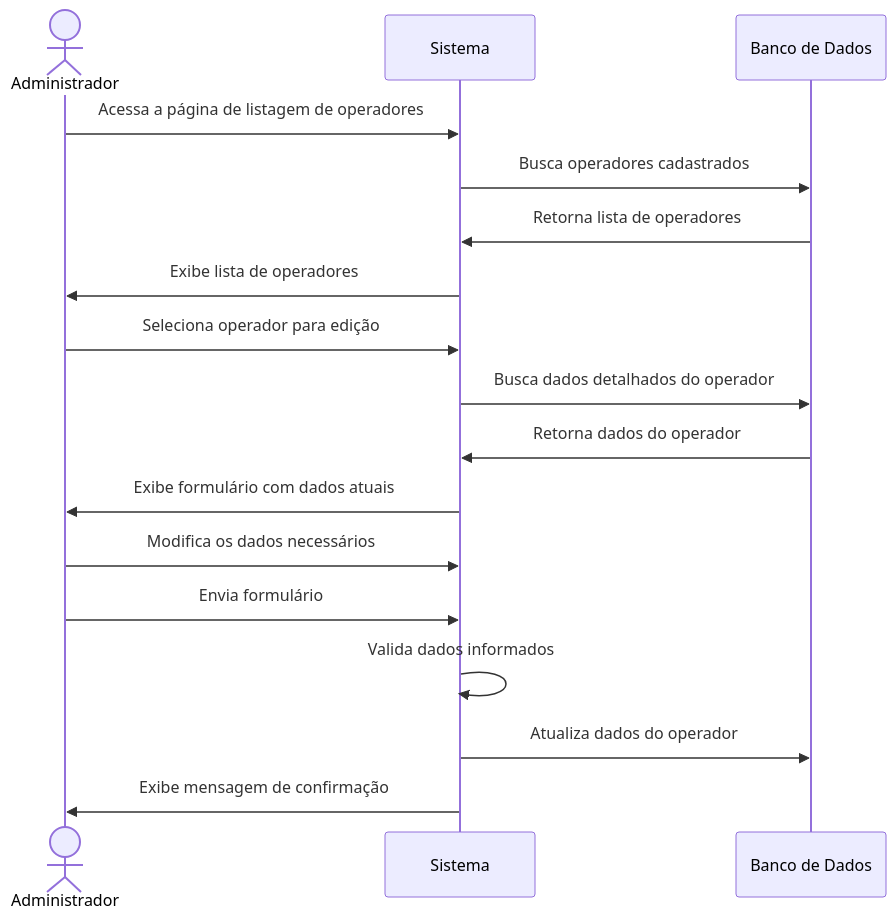
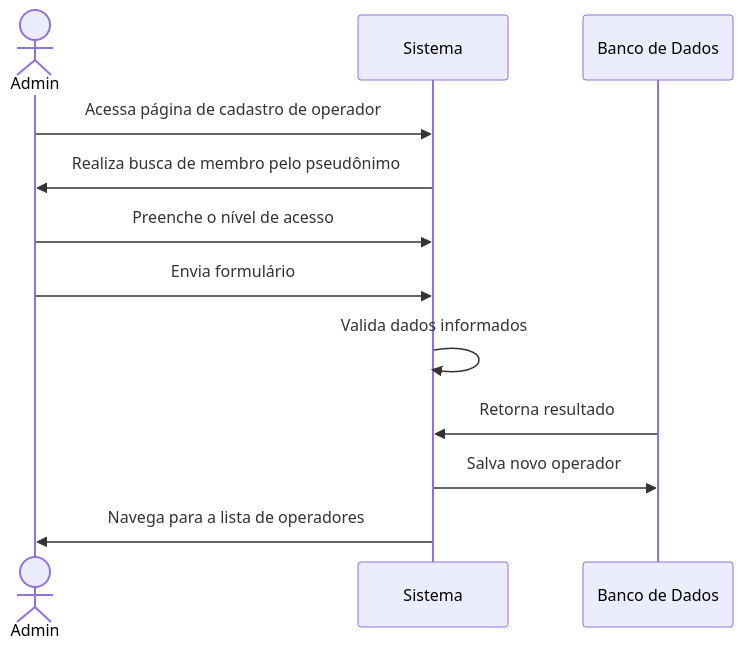
The diagram in Writerside/topics/RF02.md (Bomsalvez/quilombo-docs), drawn with Mermaid before and after one commit. The commit also changed other lines of this file and 34 other files, not shown here.

````diff
--- a/Writerside/topics/RF02.md
+++ b/Writerside/topics/RF02.md
@@ -35,20 +33,15 @@
 ```mermaid
 sequenceDiagram
-    actor A as Administrador
+    actor A as Admin
     participant S as Sistema
     participant BD as Banco de Dados
     
-    A->>S: Acessa a página de listagem de operadores
-    S->>BD: Busca operadores cadastrados
-    BD->>S: Retorna lista de operadores
-    S->>A: Exibe lista de operadores
-    A->>S: Seleciona operador para edição
-    S->>BD: Busca dados detalhados do operador
-    BD->>S: Retorna dados do operador
-    S->>A: Exibe formulário com dados atuais
-    A->>S: Modifica os dados necessários
+    A->>S: Acessa página de cadastro de operador
+    S->>A: Realiza busca de membro pelo pseudônimo
+    A->>S: Preenche o nível de acesso
     A->>S: Envia formulário
     S->>S: Valida dados informados
-    S->>BD: Atualiza dados do operador
-    S->>A: Exibe mensagem de confirmação
+    BD->>S: Retorna resultado
+    S->>BD: Salva novo operador
+    S->>A: Navega para a lista de operadores
 ```
````
